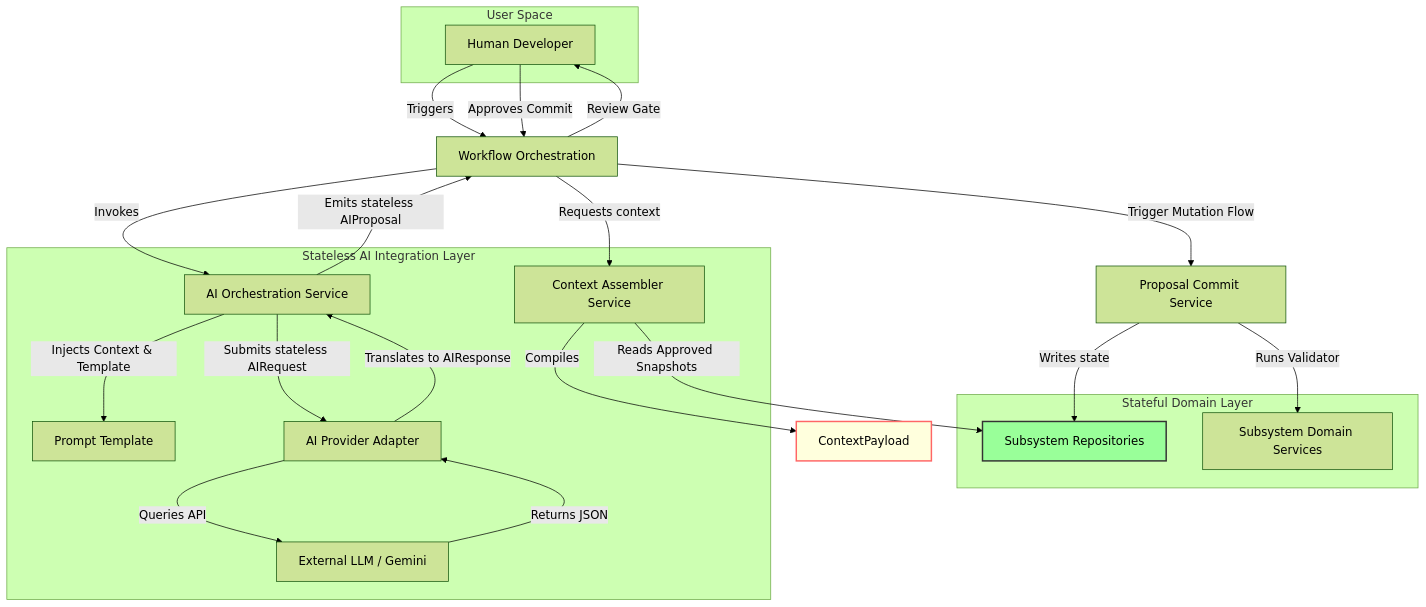
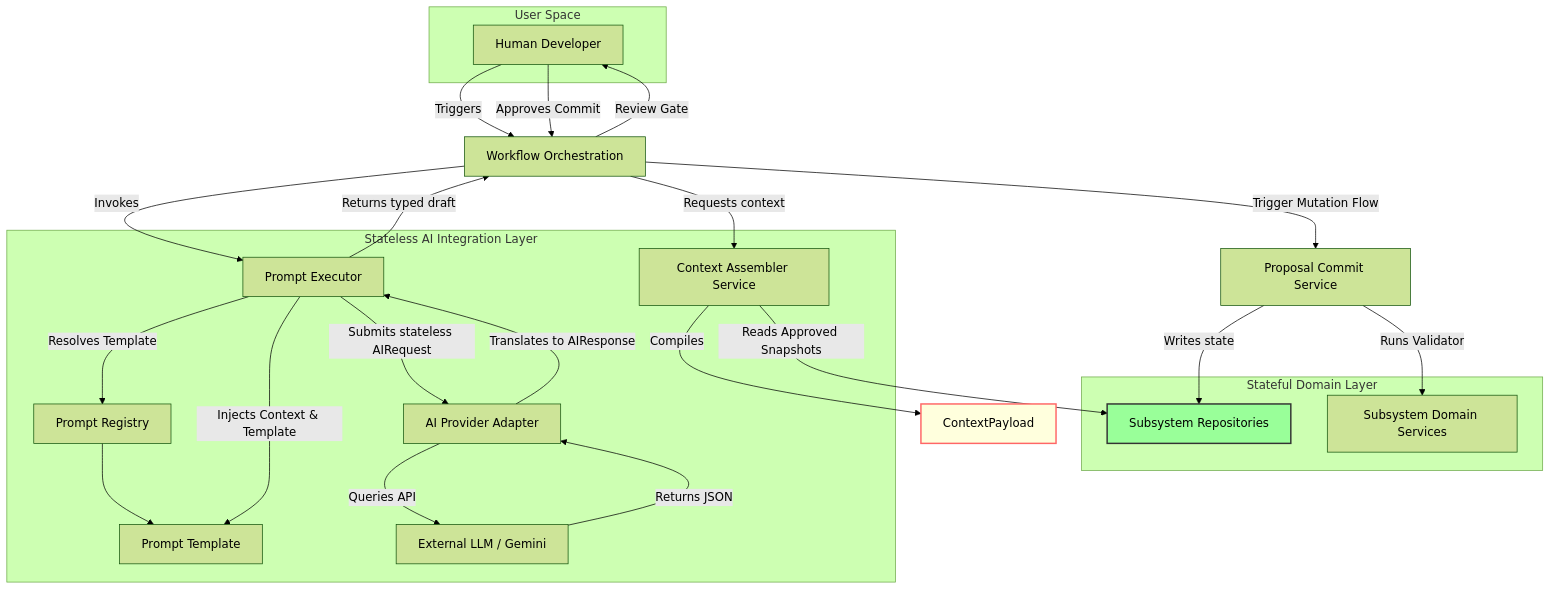
One commit to sahil-mangla/atlas changed the diagram in docs/diagrams/intelligence-layer.md. Above: the diagram before and after it, drawn with Mermaid (forest theme). The commit also changed 58 other files, not shown here.

````diff
--- a/docs/diagrams/intelligence-layer.md
+++ b/docs/diagrams/intelligence-layer.md
@@ -5,41 +5,44 @@
 ```mermaid
 graph TD
     classDef safety fill:#ffd,stroke:#f66,stroke-width:2px;
     classDef database fill:#9f9,stroke:#333,stroke-width:2px;
 
     subgraph User Space
         User[Human Developer]
     end
 
     subgraph Stateful Domain Layer
         Repo[Subsystem Repositories]:::database
         DomainServ[Subsystem Domain Services]
     end
 
     subgraph Stateless AI Integration Layer
         CA[Context Assembler Service]
-        Orch[AI Orchestration Service]
+        Executor[Prompt Executor]
+        Registry[Prompt Registry]
         Prompt[Prompt Template]
         Provider[AI Provider Adapter]
         Model[External LLM / Gemini]
     end
 
     User -->|Triggers| WO[Workflow Orchestration]
     WO -->|Requests context| CA
     CA -->|Reads Approved Snapshots| Repo
     CA -->|Compiles| Context[ContextPayload]:::safety
-    WO -->|Invokes| Orch
-    Orch -->|Injects Context & Template| Prompt
-    Orch -->|Submits stateless AIRequest| Provider
+    WO -->|Invokes| Executor
+    Executor -->|Resolves Template| Registry
+    Registry --> Prompt
+    Executor -->|Injects Context & Template| Prompt
+    Executor -->|Submits stateless AIRequest| Provider
     Provider -->|Queries API| Model
     Model -->|Returns JSON| Provider
-    Provider -->|Translates to AIResponse| Orch
-    Orch -->|Emits stateless AIProposal| WO
+    Provider -->|Translates to AIResponse| Executor
+    Executor -->|Returns typed draft| WO
     
     WO -->|Review Gate| User
     
     User -->|Approves Commit| WO
     WO -->|Trigger Mutation Flow| CommServ[Proposal Commit Service]
     CommServ -->|Runs Validator| DomainServ
     CommServ -->|Writes state| Repo
 ```
````
